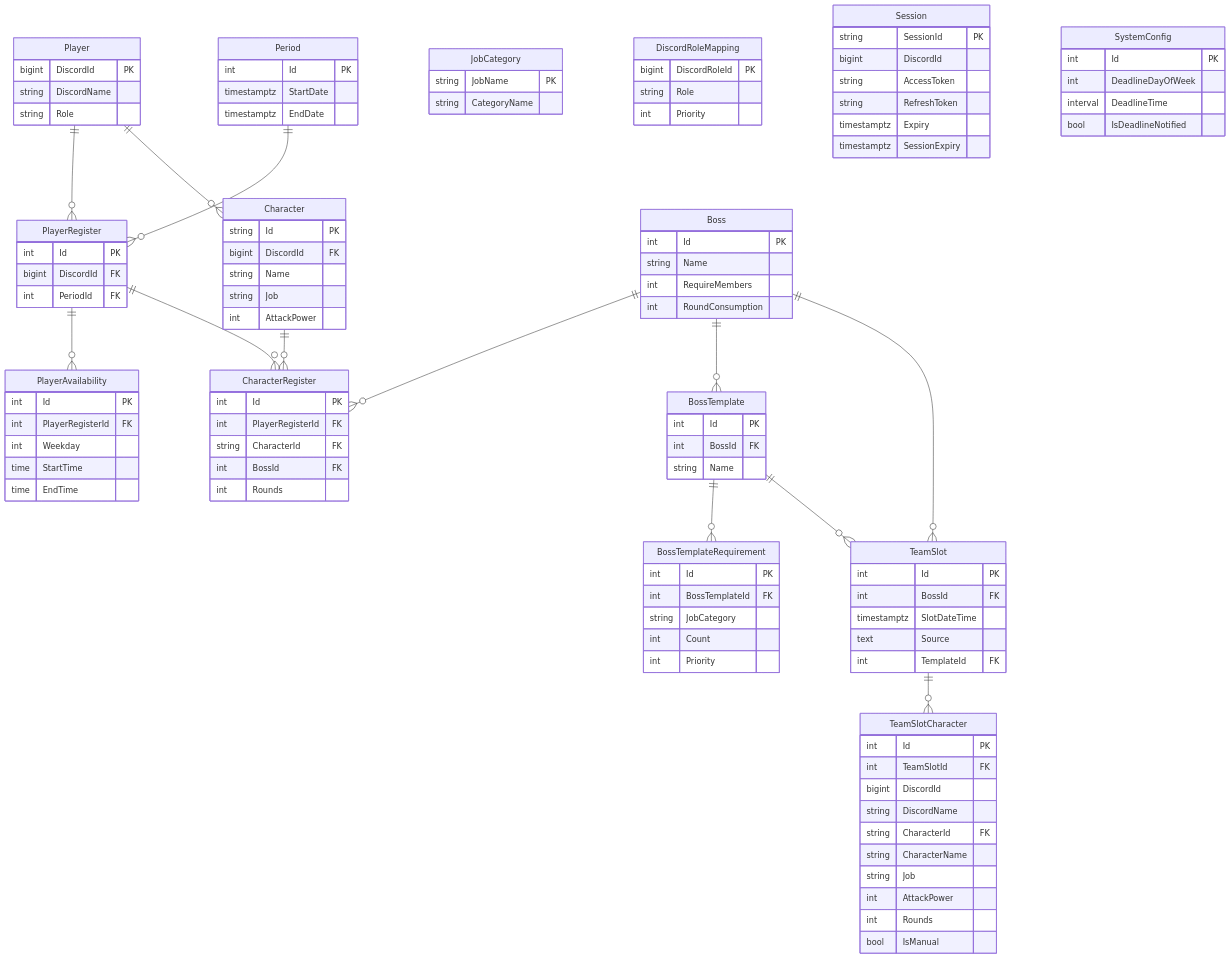
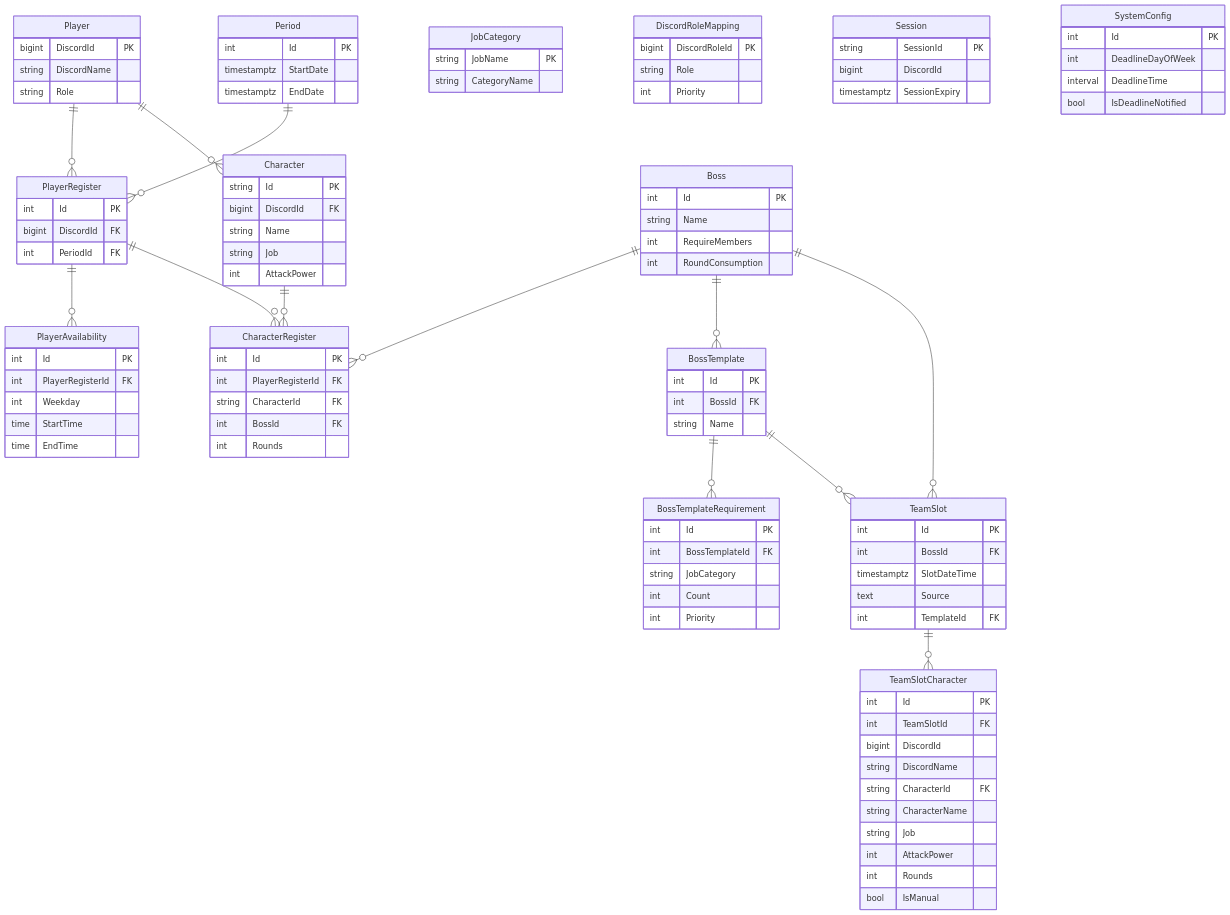
Before and after one commit to MinMiss5678/MapleStoryRaidScheduler: the fifth of 8 diagrams in docs/architecture.md, drawn with Mermaid. The commit also changed 20 other files, not shown here.

```diff
--- a/docs/architecture.md
+++ b/docs/architecture.md
@@ -524,9 +524,6 @@
     Session {
         string SessionId PK
         bigint DiscordId
-        string AccessToken
-        string RefreshToken
-        timestamptz Expiry
         timestamptz SessionExpiry
     }
 
```
